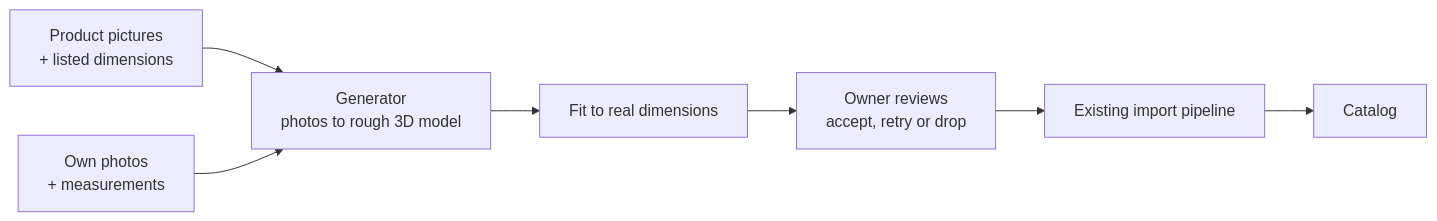
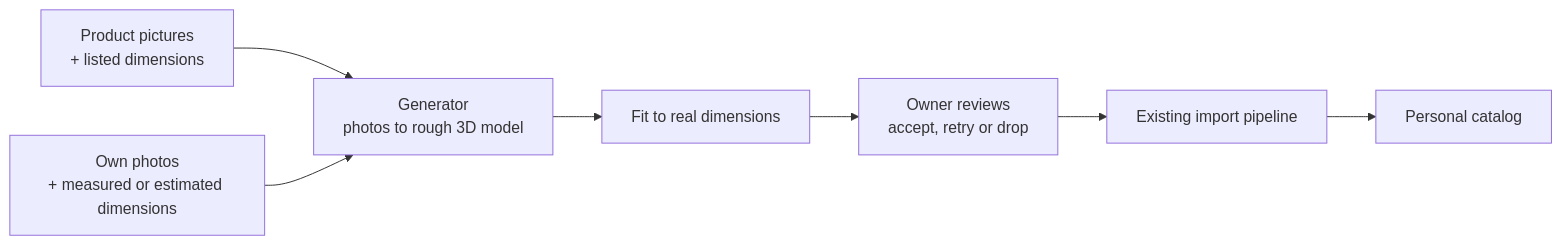
Before and after one commit to davidopluslau/whimsy-forge: the diagram in docs/features/asset-capture.md, drawn with Mermaid. The commit also changed other lines of this file, not shown here.

First line of the commit message:
Asset capture: shopping first, and dimensions from photos (#17)

````diff
--- a/docs/features/asset-capture.md
+++ b/docs/features/asset-capture.md
@@ -14,9 +14,9 @@
 ```mermaid
 flowchart LR
     shop["Product pictures<br/>+ listed dimensions"] --> gen
-    photos["Own photos<br/>+ measurements"] --> gen
+    photos["Own photos<br/>+ measured or estimated dimensions"] --> gen
     gen["Generator<br/>photos to rough 3D model"] --> fit["Fit to real dimensions"]
     fit --> review["Owner reviews<br/>accept, retry or drop"]
     review --> pipeline["Existing import pipeline"]
-    pipeline --> catalog["Catalog"]
+    pipeline --> catalog["Personal catalog"]
 ```
````
